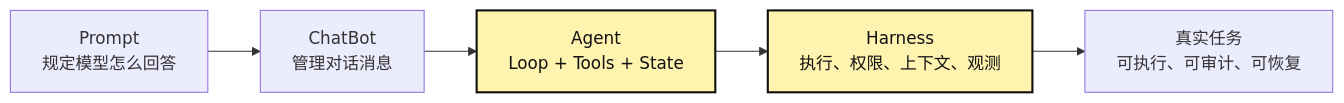
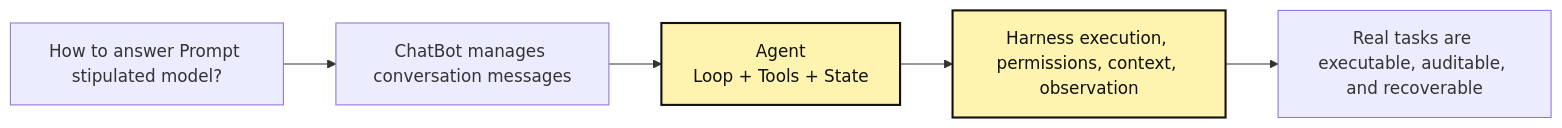
The diagram in src/content/blog/en/AI/build-harness/assets/00-01-agent-not-a-prompt/mermaid-01.mmd (LienJack/learn-agent), drawn with Mermaid before and after one commit. The commit also changed 665 other files, not shown here.

```diff
--- a/src/content/blog/en/AI/build-harness/assets/00-01-agent-not-a-prompt/mermaid-01.mmd
+++ b/src/content/blog/en/AI/build-harness/assets/00-01-agent-not-a-prompt/mermaid-01.mmd
@@ -1,10 +1,10 @@
 flowchart LR
-  P["Prompt\n规定模型怎么回答"] --> C["ChatBot\n管理对话消息"]
+  P["How to answer Prompt stipulated model?"] --> C["ChatBot manages conversation messages"]
   C --> A["Agent\nLoop + Tools + State"]
-  A --> H["Harness\n执行、权限、上下文、观测"]
-  H --> W["真实任务\n可执行、可审计、可恢复"]
+  A --> H["Harness execution, permissions, context, observation"]
+  H --> W["Real tasks are executable, auditable, and recoverable"]
 
   A:::hot
   H:::hot
 
   classDef hot fill:#fff3b0,stroke:#111,stroke-width:2px,color:#111;
```
